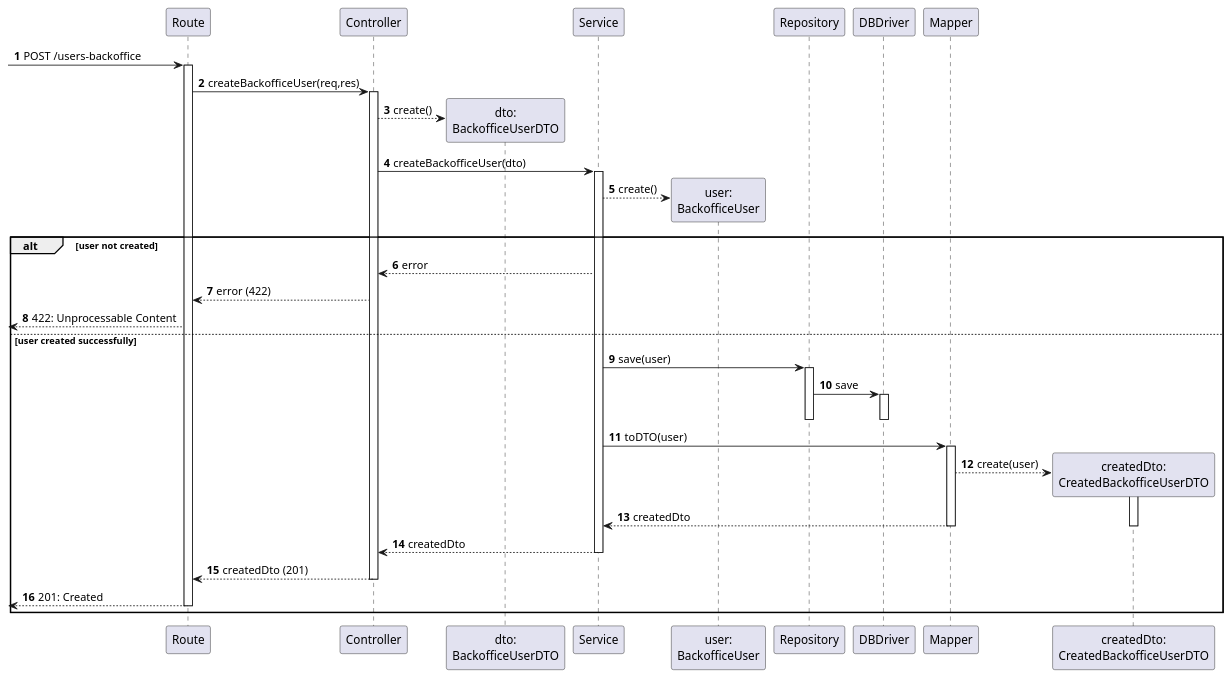
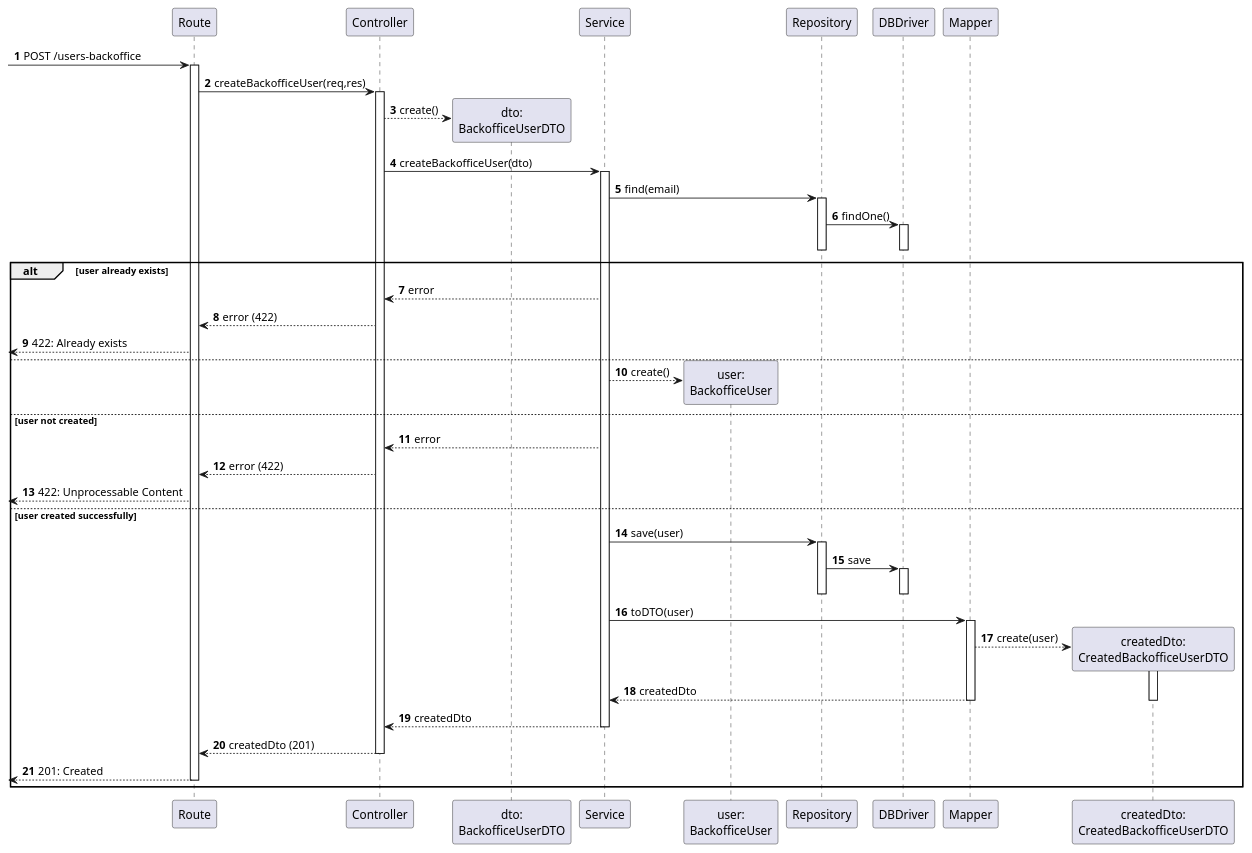
Before and after one commit to Departamento-de-Engenharia-Informatica/lapr5-23-24-g19: the diagram in docs/us10/level3/be-process-view.puml, drawn with PlantUML. The commit also changed 5 other files, not shown here.

```diff
--- a/docs/us10/level3/be-process-view.puml
+++ b/docs/us10/level3/be-process-view.puml
@@ -1,57 +1,70 @@
 @startuml
 autonumber
 
 participant "Route" as r
 participant "Controller" as ctrl
 participant "dto:\nBackofficeUserDTO" as xdto
 participant "Service" as svc
 participant "user:\nBackofficeUser" as b
 participant "Repository" as repo
 participant "DBDriver" as db
 
 
 participant "Mapper" as map
 
 participant "createdDto:\nCreatedBackofficeUserDTO" as dto
 
 
 [-> r : POST /users-backoffice
 activate r
     r -> ctrl : createBackofficeUser(req,res)
 
     activate ctrl
         ctrl --> xdto ** : create()
         ctrl -> svc : createBackofficeUser(dto)
         activate svc
-            svc --> b ** : create()
+            svc -> repo: find(email)
+            activate repo
+                repo -> db : findOne()
+                activate db
+                deactivate db
+            deactivate repo
 
-            alt user not created
+            alt user already exists
+                svc --> ctrl : error
+                ctrl --> r : error (422)
+                [<-- r : 422: Already exists
+
+            else
+                svc --> b ** : create()
+
+            else user not created
                 svc --> ctrl : error
                 ctrl --> r : error (422)
                 [<-- r : 422: Unprocessable Content
             else user created successfully
                 svc -> repo : save(user)
                 activate repo
                     repo -> db : save
                     activate db
                     deactivate db
                 deactivate repo
 
                 svc -> map : toDTO(user)
                 activate map
                     map --> dto **: create(user)
                     activate dto
                         map --> svc : createdDto
                     deactivate dto
                 deactivate map
 
                 svc --> ctrl : createdDto
             deactivate svc
 
             ctrl --> r : createdDto (201)
         deactivate ctrl
     [<-- r : 201: Created
 deactivate r
 end
 
 @enduml
```
